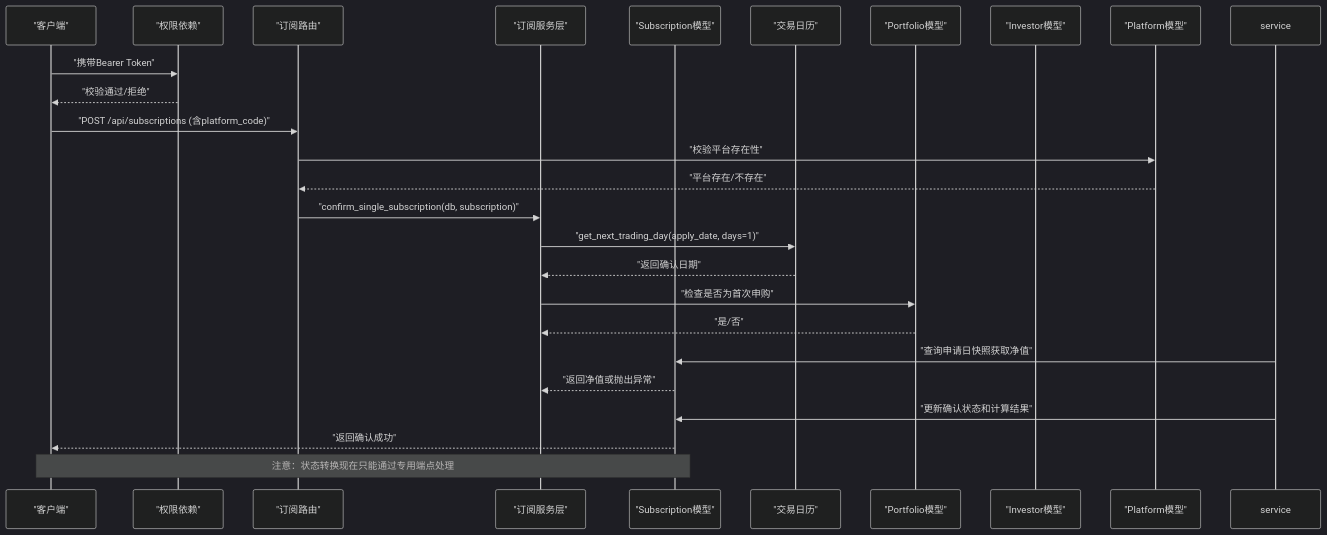
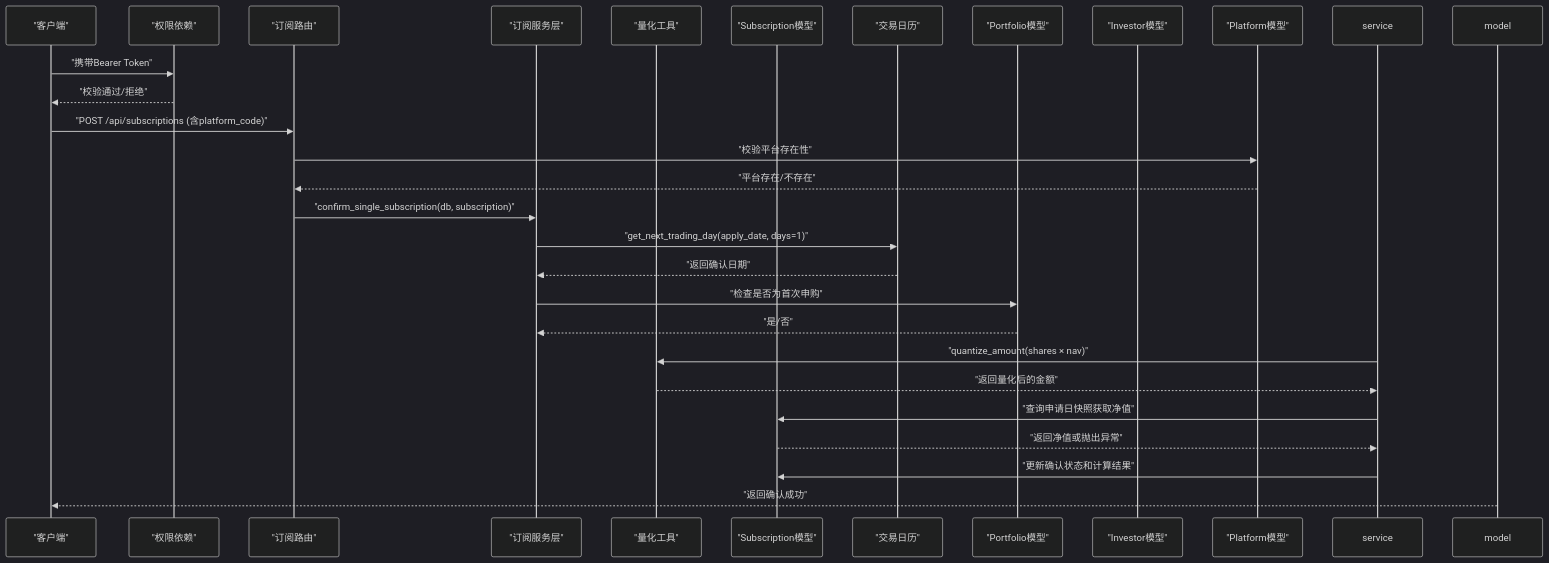
One commit to gujialind/InvestRing changed the third of 8 diagrams in .qoder/repowiki/zh/content/后端API文档/申购赎回API.md. Above: the diagram before and after it, drawn with Mermaid (dark theme). The commit also changed other lines of this file and 65 other files, not shown here.

````diff
--- a/.qoder/repowiki/zh/content/后端API文档/申购赎回API.md
+++ b/.qoder/repowiki/zh/content/后端API文档/申购赎回API.md
@@ -209,27 +198,29 @@
 ```mermaid
 sequenceDiagram
 participant 客户端 as "客户端"
 participant 认证 as "权限依赖"
 participant 路由 as "订阅路由"
 participant 服务 as "订阅服务层"
+participant 量化 as "量化工具"
 participant 模型 as "Subscription模型"
 participant 日历 as "交易日历"
 participant 组合 as "Portfolio模型"
 participant 投资者 as "Investor模型"
 participant 平台 as "Platform模型"
 客户端->>认证 : "携带Bearer Token"
 认证-->>客户端 : "校验通过/拒绝"
 客户端->>路由 : "POST /api/subscriptions (含platform_code)"
 路由->>平台 : "校验平台存在性"
 平台-->>路由 : "平台存在/不存在"
 路由->>服务 : "confirm_single_subscription(db, subscription)"
 服务->>日历 : "get_next_trading_day(apply_date, days=1)"
 日历-->>服务 : "返回确认日期"
 服务->>组合 : "检查是否为首次申购"
 组合-->>服务 : "是/否"
+service->>量化 : "quantize_amount(shares × nav)"
+量化-->>service : "返回量化后的金额"
 service->>模型 : "查询申请日快照获取净值"
-模型-->>服务 : "返回净值或抛出异常"
+模型-->>service : "返回净值或抛出异常"
 service->>模型 : "更新确认状态和计算结果"
-模型-->>客户端 : "返回确认成功"
-Note over 客户端,模型 : 注意：状态转换现在只能通过专用端点处理
+model-->>客户端 : "返回确认成功"
 ```
````
